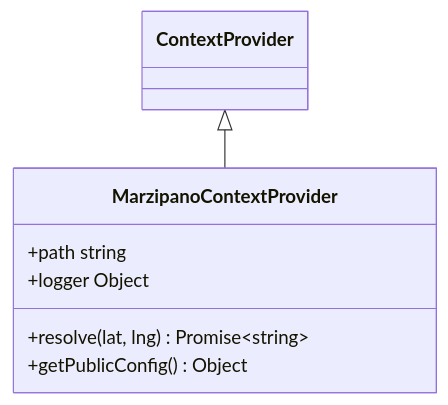
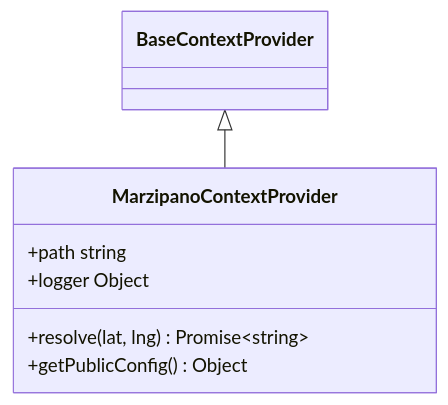
The seventh of 36 diagrams in docs/SERVER_DOCS.md (DrMarcoGilardi/BRANI-360), drawn with Mermaid before and after one commit. The commit also changed other lines of this file and 2 other files, not shown here.

````diff
--- a/docs/SERVER_DOCS.md
+++ b/docs/SERVER_DOCS.md
@@ -134,10 +134,10 @@
 ```mermaid
 classDiagram
-ContextProvider <|-- MarzipanoContextProvider
+BaseContextProvider <|-- MarzipanoContextProvider
 class MarzipanoContextProvider{
 +path string
 +logger Object
 +resolve(lat, lng) Promise~string~
 +getPublicConfig() Object
 }
 ```
````
